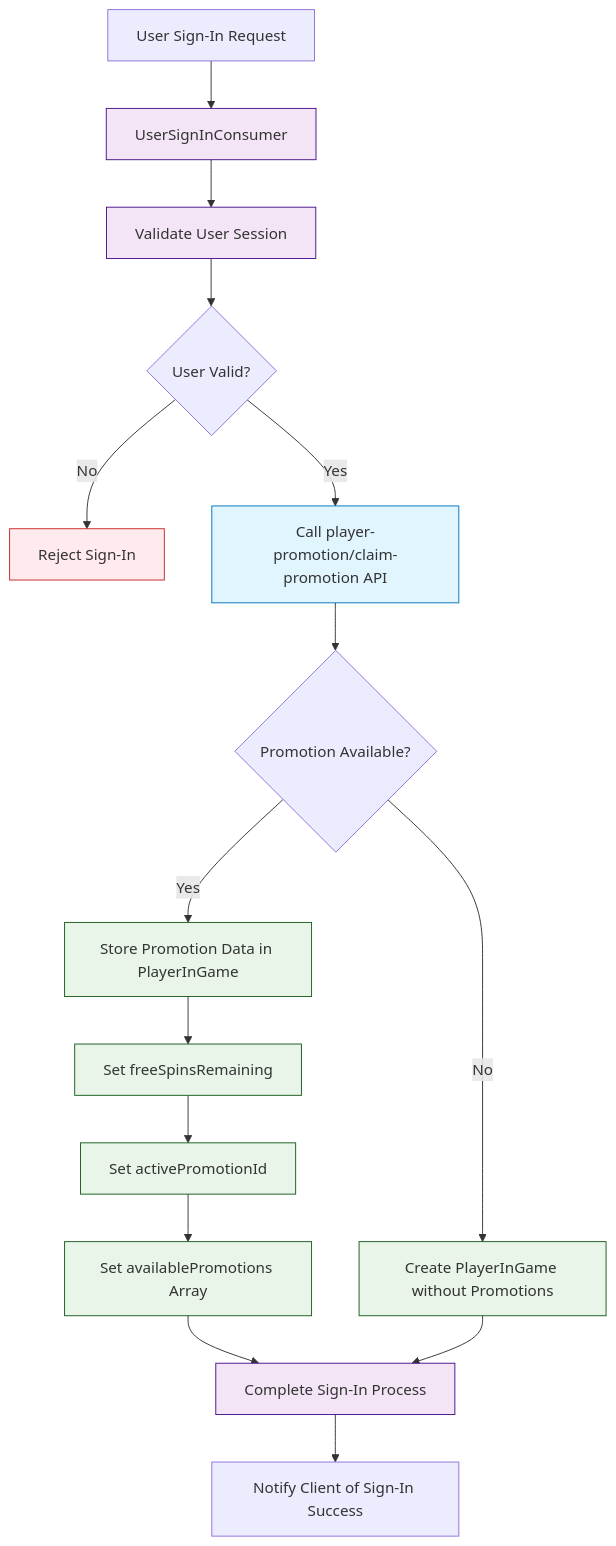
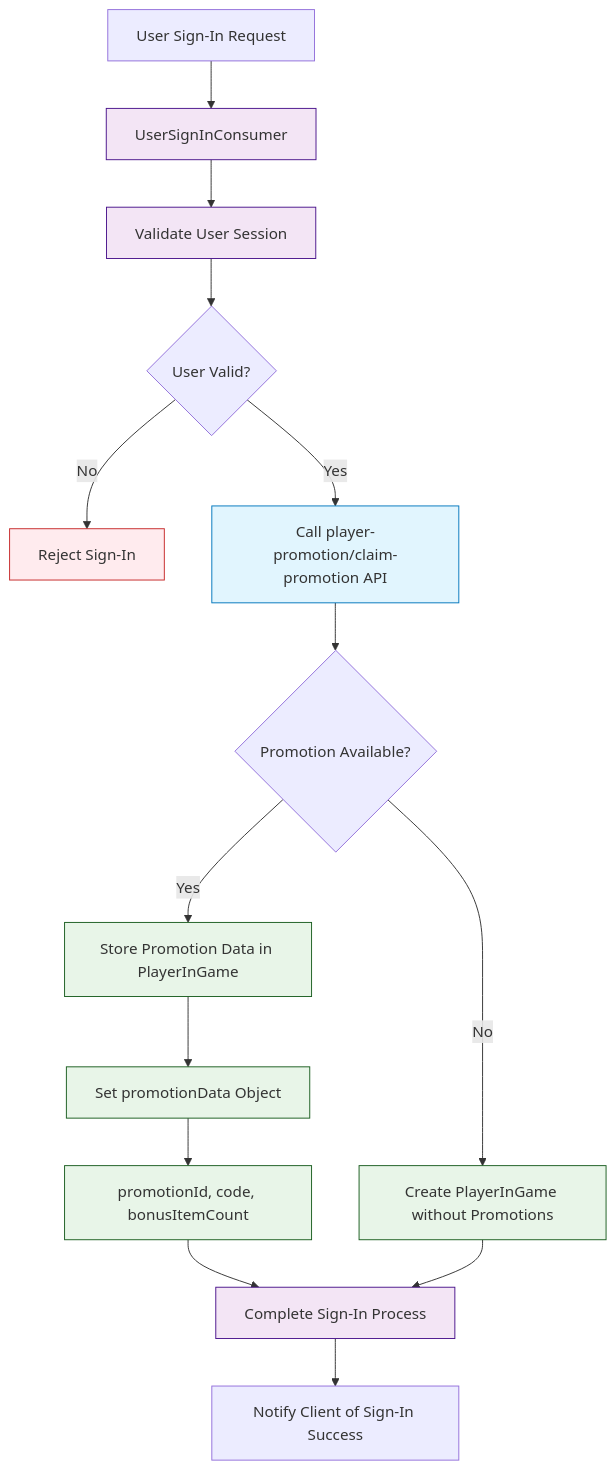
Before and after one commit to starixvn/l1_sc-packages_sc-game-base: the second of 9 diagrams in diagrams/place-bet-flow-diagram.md, drawn with Mermaid. The commit also changed other lines of this file and 2 other files, not shown here.

Commit message:
docs: update promotion diagram

````diff
--- a/diagrams/place-bet-flow-diagram.md
+++ b/diagrams/place-bet-flow-diagram.md
@@ -34,31 +34,30 @@
 ```mermaid
 flowchart TD
     SignInRequest[User Sign-In Request] --> UserSignInConsumer[UserSignInConsumer]
     UserSignInConsumer --> ValidateUser[Validate User Session]
     ValidateUser --> UserValid{User Valid?}
 
     UserValid -->|No| RejectSignIn[Reject Sign-In]
     UserValid -->|Yes| ClaimPromotionAPI[Call player-promotion/claim-promotion API]
 
     ClaimPromotionAPI --> PromotionResult{Promotion Available?}
     PromotionResult -->|No| CreatePlayerData[Create PlayerInGame without Promotions]
     PromotionResult -->|Yes| StorePromotionData[Store Promotion Data in PlayerInGame]
 
-    StorePromotionData --> SetFreeSpins[Set freeSpinsRemaining]
-    SetFreeSpins --> SetPromotionId[Set activePromotionId]
-    SetPromotionId --> SetPromotionArray[Set availablePromotions Array]
-    SetPromotionArray --> CompleteSignIn[Complete Sign-In Process]
+    StorePromotionData --> SetPromotionData[Set promotionData Object]
+    SetPromotionData --> SetPromotionFields[promotionId, code, bonusItemCount]
+    SetPromotionFields --> CompleteSignIn[Complete Sign-In Process]
 
     CreatePlayerData --> CompleteSignIn
     CompleteSignIn --> NotifyClient[Notify Client of Sign-In Success]
 
     classDef signInStyle fill:#f3e5f5,stroke:#4a148c
     classDef apiStyle fill:#e1f5fe,stroke:#0277bd
     classDef dataStyle fill:#e8f5e8,stroke:#1b5e20
     classDef errorStyle fill:#ffebee,stroke:#c62828
 
     class UserSignInConsumer,ValidateUser,CompleteSignIn signInStyle
     class ClaimPromotionAPI apiStyle
-    class StorePromotionData,SetFreeSpins,SetPromotionId,SetPromotionArray,CreatePlayerData dataStyle
+    class StorePromotionData,SetPromotionData,SetPromotionFields,CreatePlayerData dataStyle
     class RejectSignIn errorStyle
 ```
````
